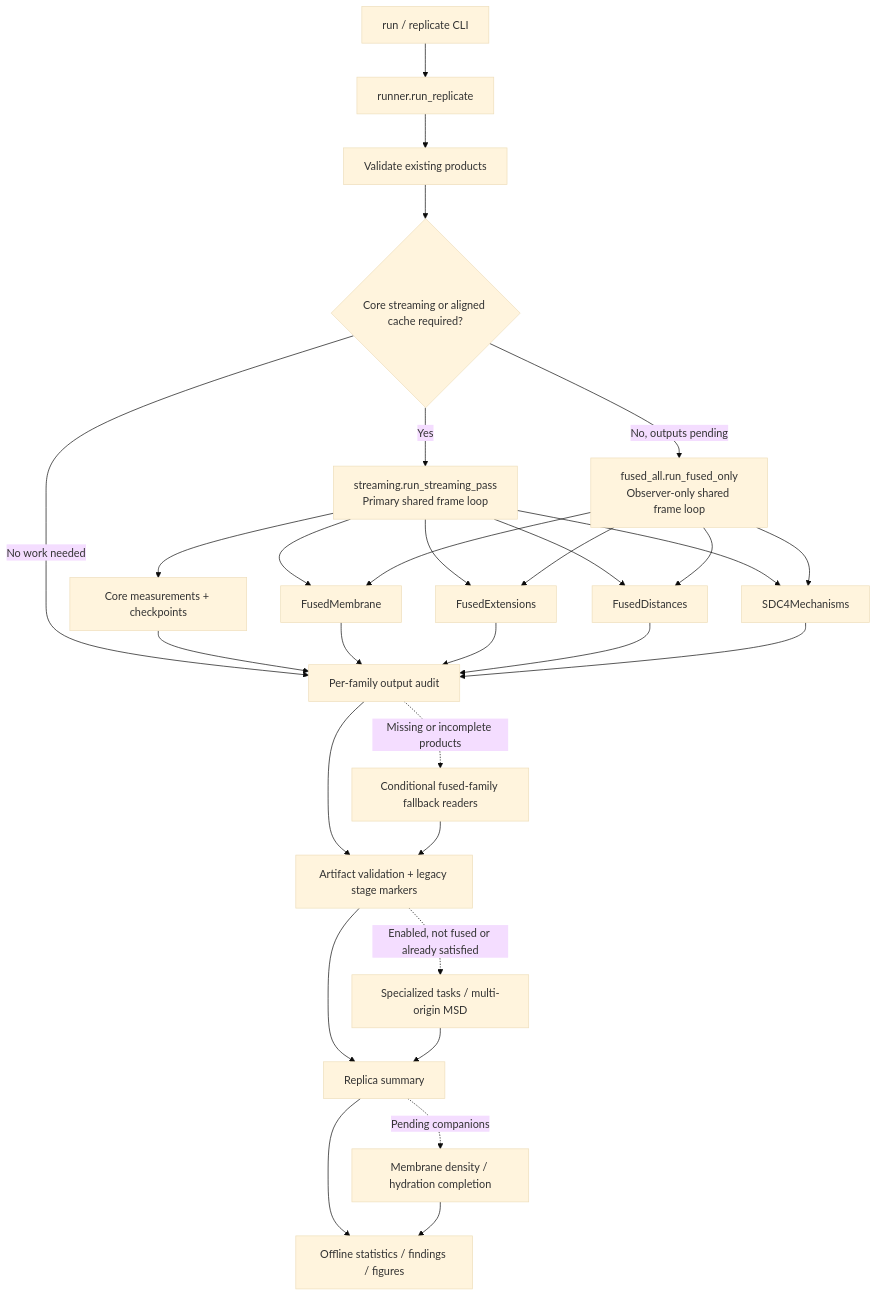
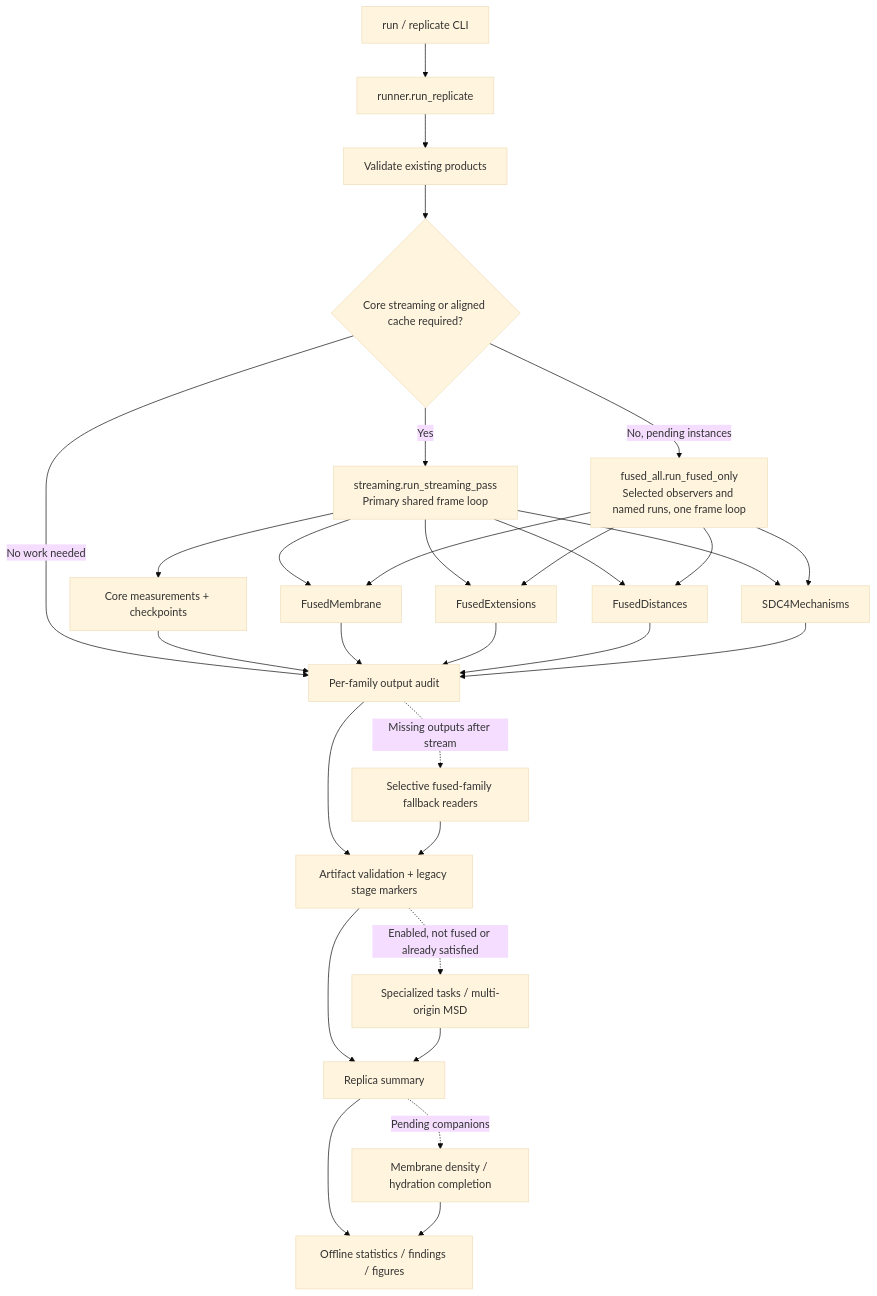
One commit to MarionQL/MDscope changed the first of 3 diagrams in docs/developer/pipeline-graphs.md. Above: the diagram before and after it, drawn with Mermaid (base theme). The commit also changed other lines of this file and 19 other files, not shown here.

First line of the commit message:
fix(pipeline): selective fused recovery with isolated chunks and recovery map (#191)

````diff
--- a/docs/developer/pipeline-graphs.md
+++ b/docs/developer/pipeline-graphs.md
@@ -24,32 +25,32 @@
 ```mermaid
 flowchart TD
     CLI["run / replicate CLI"] --> RUN["runner.run_replicate"]
     RUN --> PREF["Validate existing products"]
     PREF --> DEC{"Core streaming or aligned cache required?"}
     DEC -->|Yes| STR["streaming.run_streaming_pass<br/>Primary shared frame loop"]
-    DEC -->|No, outputs pending| FO["fused_all.run_fused_only<br/>Observer-only shared frame loop"]
+    DEC -->|No, pending instances| FO["fused_all.run_fused_only<br/>Selected observers and named runs, one frame loop"]
     DEC -->|No work needed| AUD["Per-family output audit"]
     STR --> CORE["Core measurements + checkpoints"]
     STR --> MEM["FusedMembrane"]
     STR --> EXT["FusedExtensions"]
     STR --> DIST["FusedDistances"]
     STR --> MECH["SDC4Mechanisms"]
     FO --> MEM
     FO --> EXT
     FO --> DIST
     FO --> MECH
     CORE --> AUD
     MEM --> AUD
     EXT --> AUD
     DIST --> AUD
     MECH --> AUD
-    AUD -.->|Missing or incomplete products| FALL["Conditional fused-family fallback readers"]
+    AUD -.->|Missing outputs after stream| FALL["Selective fused-family fallback readers"]
     AUD --> VER["Artifact validation + legacy stage markers"]
     FALL --> VER
     VER -.->|Enabled, not fused or already satisfied| TASK["Specialized tasks / multi-origin MSD"]
     VER --> SUM["Replica summary"]
     TASK --> SUM
     SUM -.->|Pending companions| LATE["Membrane density / hydration completion"]
     SUM --> FIN["Offline statistics / findings / figures"]
     LATE --> FIN
 ```
````
